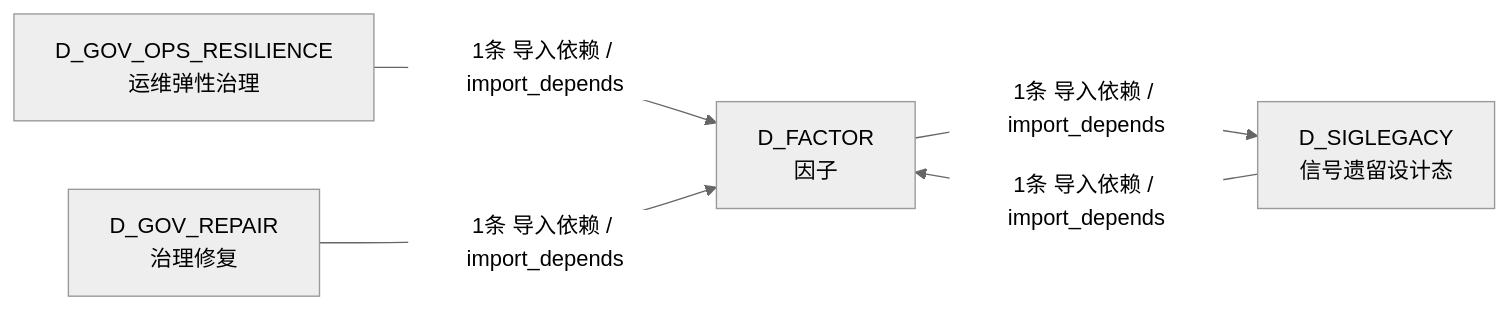
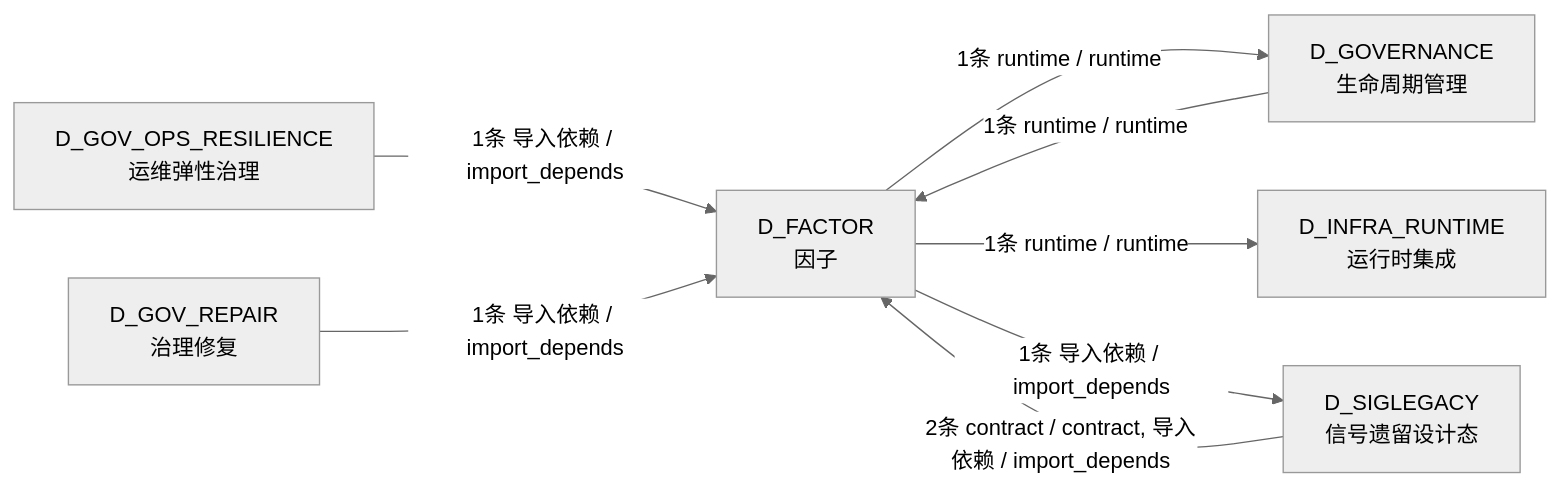
One commit to xuanFelixVan/ZephyrAlpha changed the fourth of 4 diagrams in docs/02_enterprise_architecture/02_domain_architecture_docs/36_d_factor.md. Above: the diagram before and after it, drawn with Mermaid (neutral theme). The commit also changed other lines of this file and 125 other files, not shown here.

````diff
--- a/docs/02_enterprise_architecture/02_domain_architecture_docs/36_d_factor.md
+++ b/docs/02_enterprise_architecture/02_domain_architecture_docs/36_d_factor.md
@@ -194,11 +211,16 @@
 ```mermaid
 graph LR
     D_FACTOR["D_FACTOR<br/>因子"]
+    D_GOVERNANCE["D_GOVERNANCE<br/>生命周期管理"]
+    D_INFRA_RUNTIME["D_INFRA_RUNTIME<br/>运行时集成"]
     D_SIGLEGACY["D_SIGLEGACY<br/>信号遗留设计态"]
     D_GOV_OPS_RESILIENCE["D_GOV_OPS_RESILIENCE<br/>运维弹性治理"]
     D_GOV_REPAIR["D_GOV_REPAIR<br/>治理修复"]
+    D_FACTOR -->|1条 runtime / runtime| D_GOVERNANCE
+    D_FACTOR -->|1条 runtime / runtime| D_INFRA_RUNTIME
     D_FACTOR -->|1条 导入依赖 / import_depends| D_SIGLEGACY
+    D_SIGLEGACY -->|2条 contract / contract, 导入依赖 / import_depends| D_FACTOR
+    D_GOVERNANCE -->|1条 runtime / runtime| D_FACTOR
     D_GOV_OPS_RESILIENCE -->|1条 导入依赖 / import_depends| D_FACTOR
     D_GOV_REPAIR -->|1条 导入依赖 / import_depends| D_FACTOR
-    D_SIGLEGACY -->|1条 导入依赖 / import_depends| D_FACTOR
 ```
````
